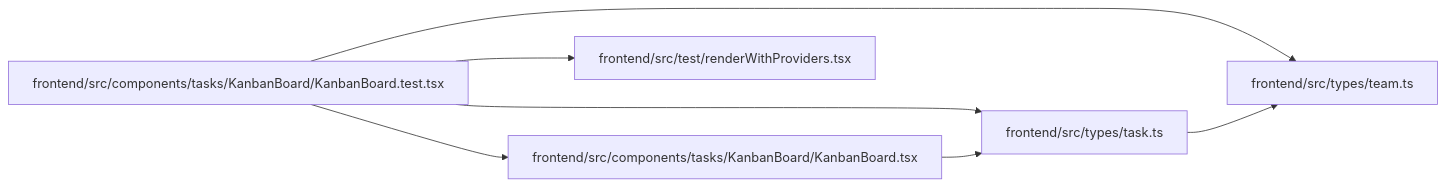
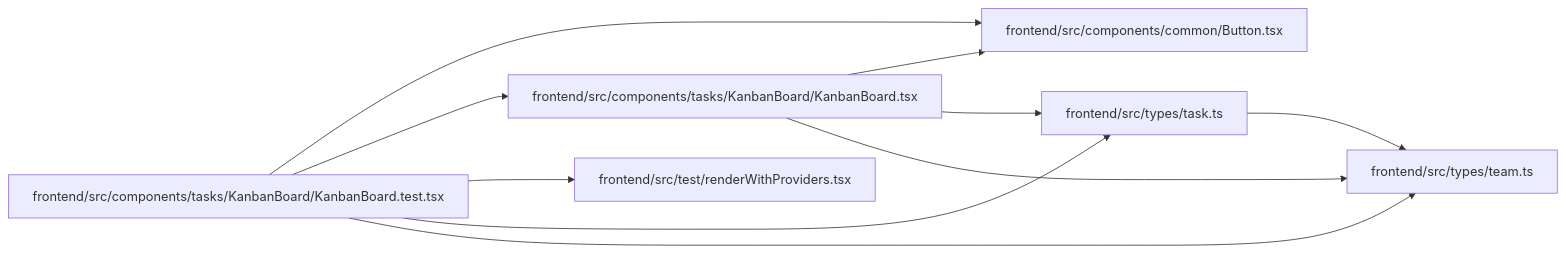
One commit to Denissvgn/WorkChord changed the diagram in docs/llm_wiki/modules/KanbanBoard.test.md. Above: the diagram before and after it, drawn with Mermaid. The commit also changed other lines of this file and 2373 other files, not shown here.

````diff
--- a/docs/llm_wiki/modules/KanbanBoard.test.md
+++ b/docs/llm_wiki/modules/KanbanBoard.test.md
@@ -33,19 +34,24 @@
 ```mermaid
 flowchart LR
-    n0["frontend/src/components/tasks/KanbanBoard/KanbanBoard.test.tsx"]
-    n1["frontend/src/components/tasks/KanbanBoard/KanbanBoard.tsx"]
-    n2["frontend/src/test/renderWithProviders.tsx"]
-    n3["frontend/src/types/task.ts"]
-    n4["frontend/src/types/team.ts"]
-    n0 --> n1
-    n0 --> n2
-    n0 --> n3
-    n0 --> n4
+    n0["frontend/src/components/common/Button.tsx"]
+    n1["frontend/src/components/tasks/KanbanBoard/KanbanBoard.test.tsx"]
+    n2["frontend/src/components/tasks/KanbanBoard/KanbanBoard.tsx"]
+    n3["frontend/src/test/renderWithProviders.tsx"]
+    n4["frontend/src/types/task.ts"]
+    n5["frontend/src/types/team.ts"]
+    n1 --> n0
+    n1 --> n2
     n1 --> n3
-    n3 --> n4
-    click n0 "../modules/KanbanBoard.test.md"
-    click n1 "../modules/KanbanBoard.md"
-    click n2 "../modules/renderWithProviders.md"
-    click n3 "../modules/types_task.md"
-    click n4 "../modules/types_team.md"
+    n1 --> n4
+    n1 --> n5
+    n2 --> n0
+    n2 --> n4
+    n2 --> n5
+    n4 --> n5
+    click n0 "../modules/Button.md"
+    click n1 "../modules/KanbanBoard.test.md"
+    click n2 "../modules/KanbanBoard.md"
+    click n3 "../modules/renderWithProviders.md"
+    click n4 "../modules/types_task.md"
+    click n5 "../modules/types_team.md"
 ```
````
